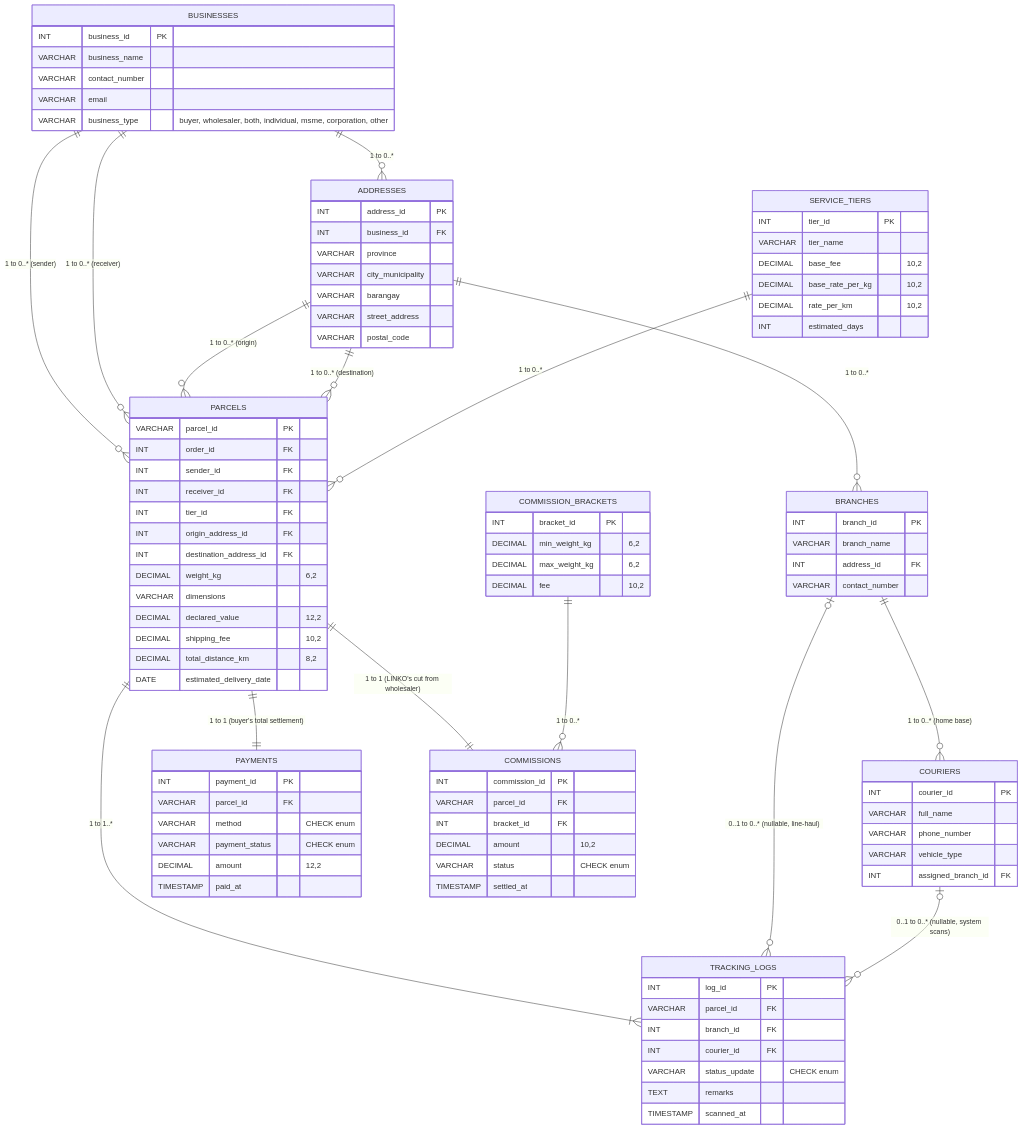
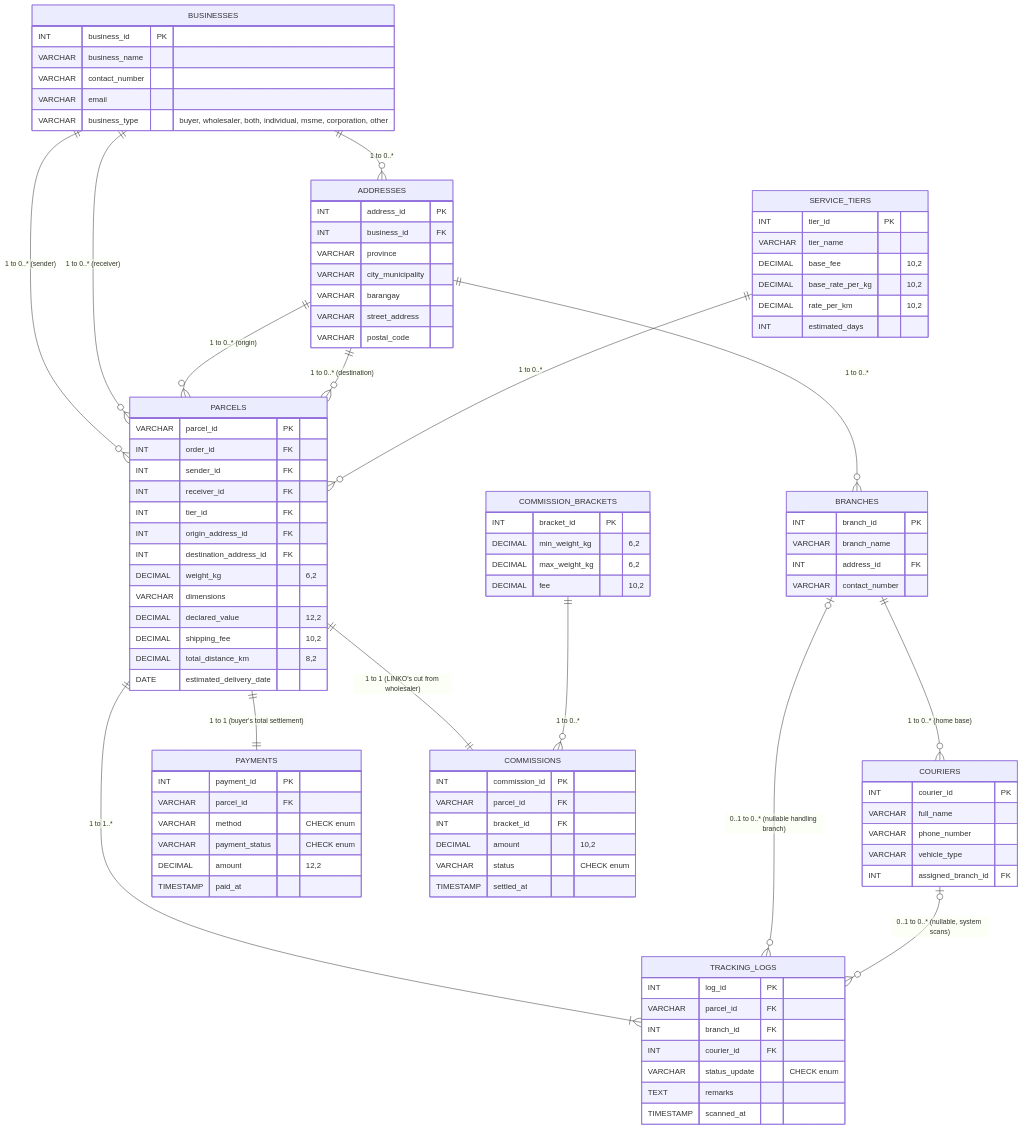
Before and after one commit to nateponds/LINKO: the diagram in docs/LINKO_ERD.md, drawn with Mermaid. The commit also changed other lines of this file and 5 other files, not shown here.

Commit message:
fix(logistics): clarify tracking branch context

````diff
--- a/docs/LINKO_ERD.md
+++ b/docs/LINKO_ERD.md
@@ -109,7 +109,7 @@
     PARCELS ||--|| COMMISSIONS : "1 to 1 (LINKO's cut from wholesaler)"
     COMMISSION_BRACKETS ||--o{ COMMISSIONS : "1 to 0..*"
     PARCELS ||--|{ TRACKING_LOGS : "1 to 1..*"
-    BRANCHES |o--o{ TRACKING_LOGS : "0..1 to 0..* (nullable, line-haul)"
+    BRANCHES |o--o{ TRACKING_LOGS : "0..1 to 0..* (nullable handling branch)"
     BRANCHES ||--o{ COURIERS : "1 to 0..* (home base)"
     COURIERS |o--o{ TRACKING_LOGS : "0..1 to 0..* (nullable, system scans)"
 ```
````
